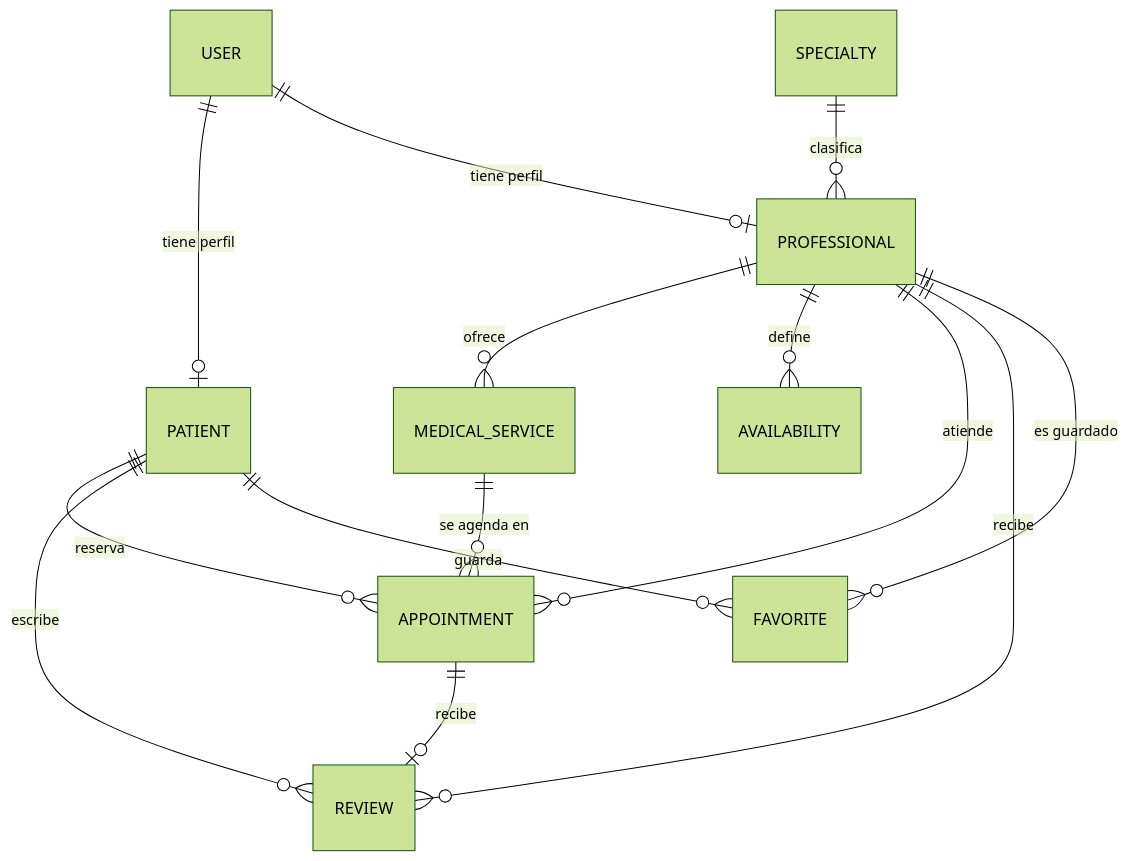
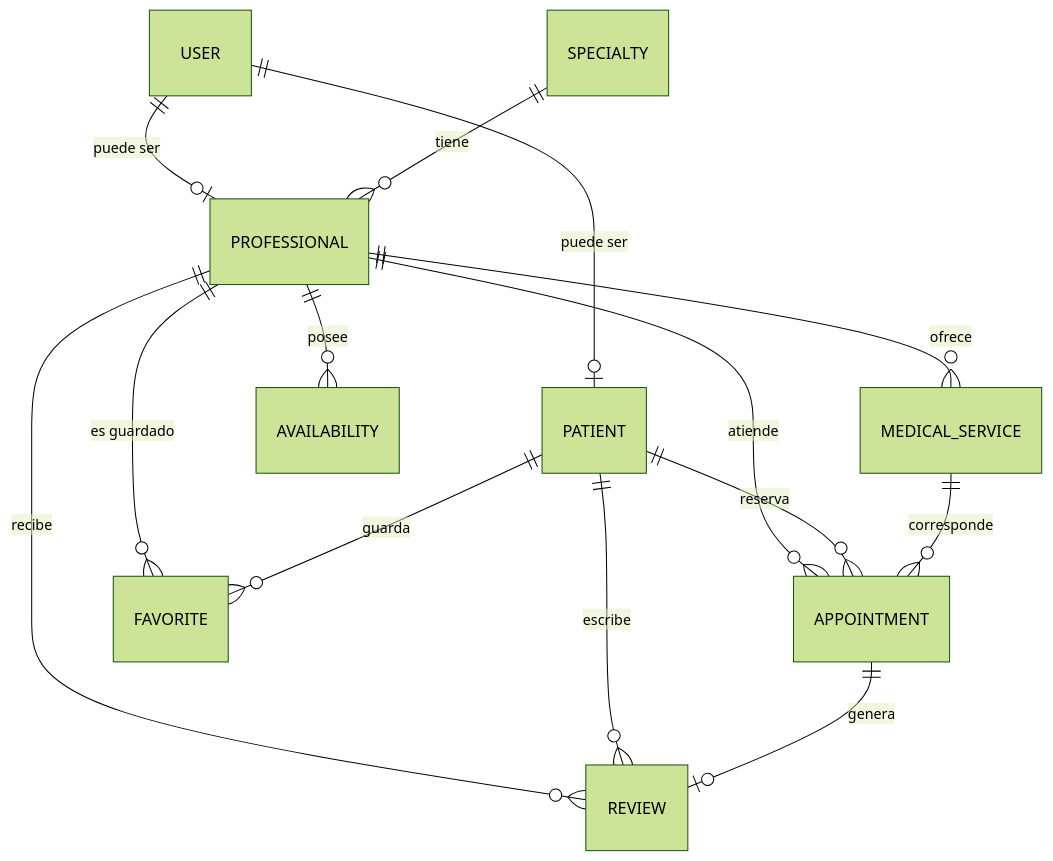
The diagram in README.md (alvaropachas-rgb/Backend-Salud-Al-Toque-), drawn with Mermaid (forest theme) before and after one commit. The commit also changed other lines of this file and 32 other files, not shown here.

````diff
--- a/README.md
+++ b/README.md
@@ -447,16 +410,21 @@
 ```mermaid
 erDiagram
-    USER ||--o| PATIENT : "tiene perfil"
-    USER ||--o| PROFESSIONAL : "tiene perfil"
-    SPECIALTY ||--o{ PROFESSIONAL : clasifica
+    USER ||--o| PATIENT : "puede ser"
+    USER ||--o| PROFESSIONAL : "puede ser"
+
+    SPECIALTY ||--o{ PROFESSIONAL : tiene
+
     PROFESSIONAL ||--o{ MEDICAL_SERVICE : ofrece
-    PROFESSIONAL ||--o{ AVAILABILITY : define
+    PROFESSIONAL ||--o{ AVAILABILITY : posee
+    PROFESSIONAL ||--o{ APPOINTMENT : atiende
+    PROFESSIONAL ||--o{ REVIEW : recibe
+    PROFESSIONAL ||--o{ FAVORITE : "es guardado"
+
     PATIENT ||--o{ APPOINTMENT : reserva
-    PROFESSIONAL ||--o{ APPOINTMENT : atiende
-    MEDICAL_SERVICE ||--o{ APPOINTMENT : "se agenda en"
-    APPOINTMENT ||--o| REVIEW : recibe
     PATIENT ||--o{ REVIEW : escribe
-    PROFESSIONAL ||--o{ REVIEW : recibe
     PATIENT ||--o{ FAVORITE : guarda
-    PROFESSIONAL ||--o{ FAVORITE : "es guardado"
+
+    MEDICAL_SERVICE ||--o{ APPOINTMENT : corresponde
+
+    APPOINTMENT ||--o| REVIEW : genera
 ```
````
